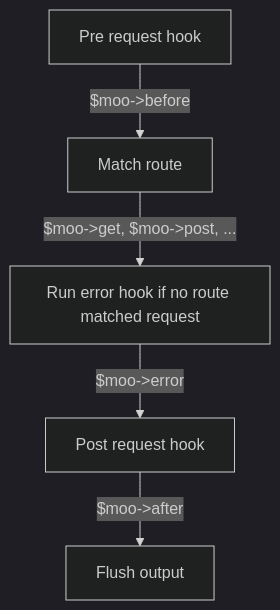
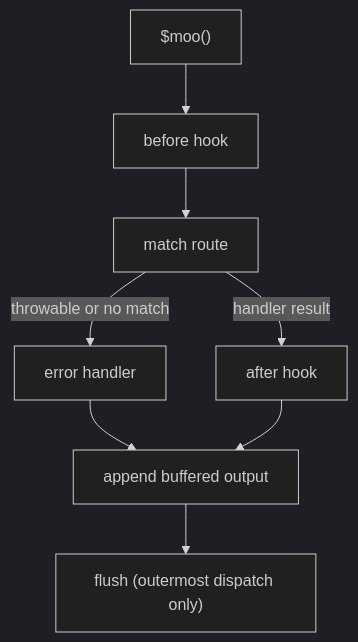
The diagram in README.md (hellworx/moo), drawn with Mermaid (dark theme) before and after one commit. The commit also changed other lines of this file and 21 other files, not shown here.

````diff
--- a/README.md
+++ b/README.md
@@ -209,13 +235,10 @@
 ```mermaid
-
-  flowchart TD
-    before["Pre request hook"]
-    dispatch["Match route"]
-    error["Run error hook if no route matched request"]
-    after["Post request hook"]
-    flush["Flush output"]
-    before --> |$moo->before| dispatch
-    dispatch --> |$moo->get, $moo->post, ...| error
-    error --> |$moo->error| after
-    after --> |$moo->after| flush
+flowchart TD
+    invoke["$moo()"] --> before["before hook"]
+    before --> dispatch["match route"]
+    dispatch --> |handler result| after["after hook"]
+    dispatch --> |throwable or no match| error["error handler"]
+    error --> append["append buffered output"]
+    after --> append
+    append --> flush["flush (outermost dispatch only)"]
 ```
````
